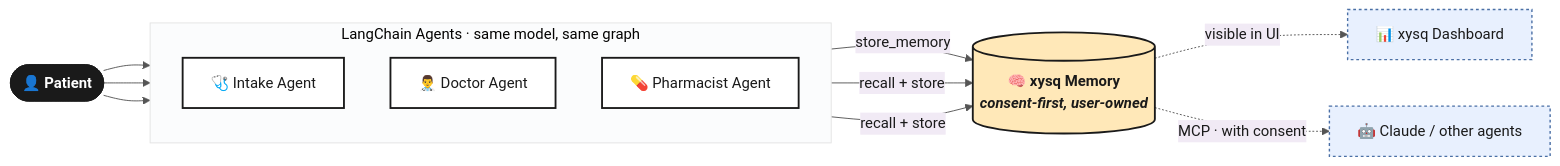
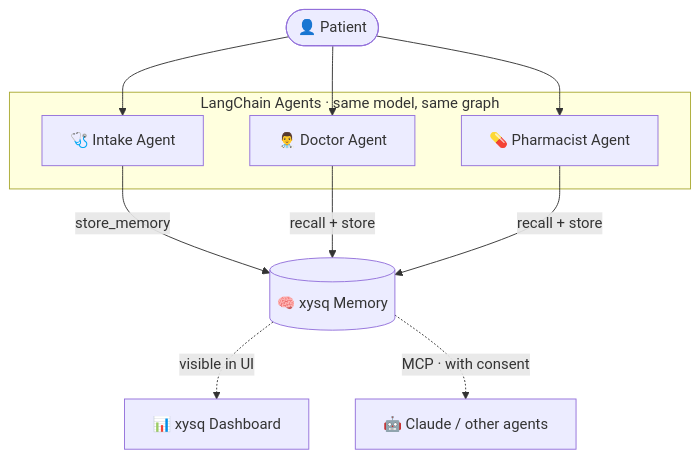
Before and after one commit to xysq-ai/Guides-for-Agentic-Development: the diagram in guides/langchain-healthcare/README.md, drawn with Mermaid.

Commit message:
docs(langchain-healthcare): simplify architecture diagram, drop custom theming

````diff
--- a/guides/langchain-healthcare/README.md
+++ b/guides/langchain-healthcare/README.md
@@ -150,36 +150,23 @@
 ```mermaid
-%%{init: {'theme':'base', 'themeVariables': {
-  'primaryColor':'#F5F1EA',
-  'primaryTextColor':'#1a1a1a',
-  'primaryBorderColor':'#1a1a1a',
-  'lineColor':'#555',
-  'fontFamily':'Outfit, sans-serif'
-}}}%%
-flowchart LR
-    P(["👤 Patient"]):::patient
+flowchart TD
+    P(["👤 Patient"])
 
     subgraph Agents["LangChain Agents · same model, same graph"]
-        direction TB
-        IA["🩺 Intake Agent"]:::agent
-        DA["👨‍⚕️ Doctor Agent"]:::agent
-        PA["💊 Pharmacist Agent"]:::agent
+        IA["🩺 Intake Agent"]
+        DA["👨‍⚕️ Doctor Agent"]
+        PA["💊 Pharmacist Agent"]
     end
 
     P --> IA
     P --> DA
     P --> PA
 
     IA -- "store_memory" --> X
     DA -- "recall + store" --> X
     PA -- "recall + store" --> X
 
-    X[("🧠 xysq Memory<br/><i>consent-first, user-owned</i>")]:::memory
+    X[("🧠 xysq Memory")]
 
-    X -.->|"visible in UI"| UI["📊 xysq Dashboard"]:::external
-    X -.->|"MCP · with consent"| C["🤖 Claude / other agents"]:::external
-
-    classDef patient fill:#1a1a1a,stroke:#1a1a1a,color:#fff,font-weight:bold
-    classDef agent fill:#fff,stroke:#1a1a1a,stroke-width:2px,color:#1a1a1a
-    classDef memory fill:#FFE8B8,stroke:#1a1a1a,stroke-width:2px,color:#1a1a1a,font-weight:bold
-    classDef external fill:#E8F0FE,stroke:#4A6FA5,stroke-width:1.5px,color:#1a1a1a,stroke-dasharray:3 3
+    X -.->|"visible in UI"| UI["📊 xysq Dashboard"]
+    X -.->|"MCP · with consent"| C["🤖 Claude / other agents"]
 ```
````
